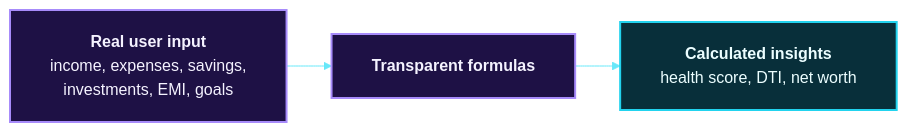
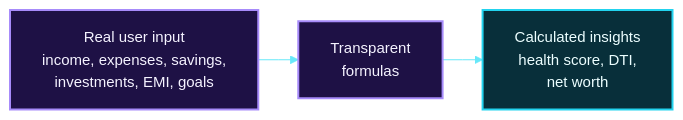
One commit to Mansi232323/MANSHORA changed the seventh of 17 diagrams in README.md. Above: the diagram before and after it, drawn with Mermaid. The commit also changed other lines of this file, not shown here.

````diff
--- a/README.md
+++ b/README.md
@@ -194,10 +287,10 @@
 ```mermaid
-%%{init: {'theme':'base','themeVariables':{'fontSize':'16px','fontFamily':'Arial, Helvetica, sans-serif','lineColor':'#67e8f9'},'flowchart':{'htmlLabels':true,'nodeSpacing':40,'rankSpacing':45,'padding':20,'wrappingWidth':260}}}%%
+%%{init: {'theme':'base','themeVariables':{'fontSize':'15px','fontFamily':'Arial, Helvetica, sans-serif','primaryColor':'#1e1145','primaryTextColor':'#f5f3ff','primaryBorderColor':'#a78bfa','lineColor':'#67e8f9','textColor':'#f5f3ff','edgeLabelBackground':'#1e1145'},'flowchart':{'htmlLabels':true,'nodeSpacing':35,'rankSpacing':40,'padding':16,'curve':'linear'}}}%%
 flowchart LR
-    I["<b>Real user input</b><br/>income, expenses, savings,<br/>investments, EMI, goals"] --> K["<b>Transparent formulas</b>"]
-    K --> O["<b>Calculated insights</b><br/>health score, DTI, net worth"]
+    I["Real user input<br/>income, expenses, savings,<br/>investments, EMI, goals"] --> K["Transparent<br/>formulas"]
+    K --> O["Calculated insights<br/>health score, DTI,<br/>net worth"]
     classDef flow fill:#1e1145,stroke:#a78bfa,stroke-width:2px,color:#f5f3ff
     classDef out fill:#082f3a,stroke:#22d3ee,stroke-width:2px,color:#ecfeff
     class I,K flow
     class O out
 ```
````
